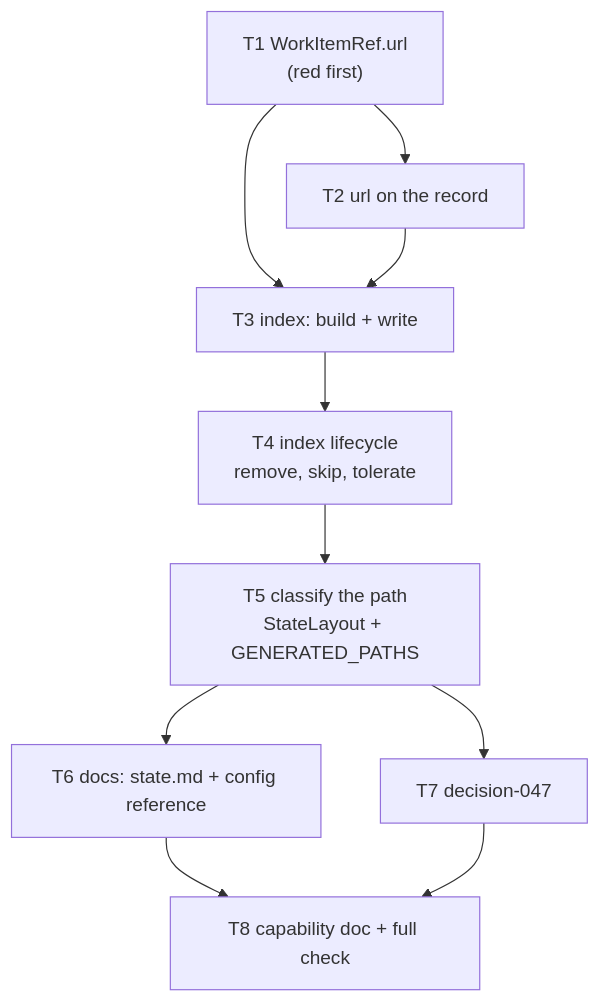
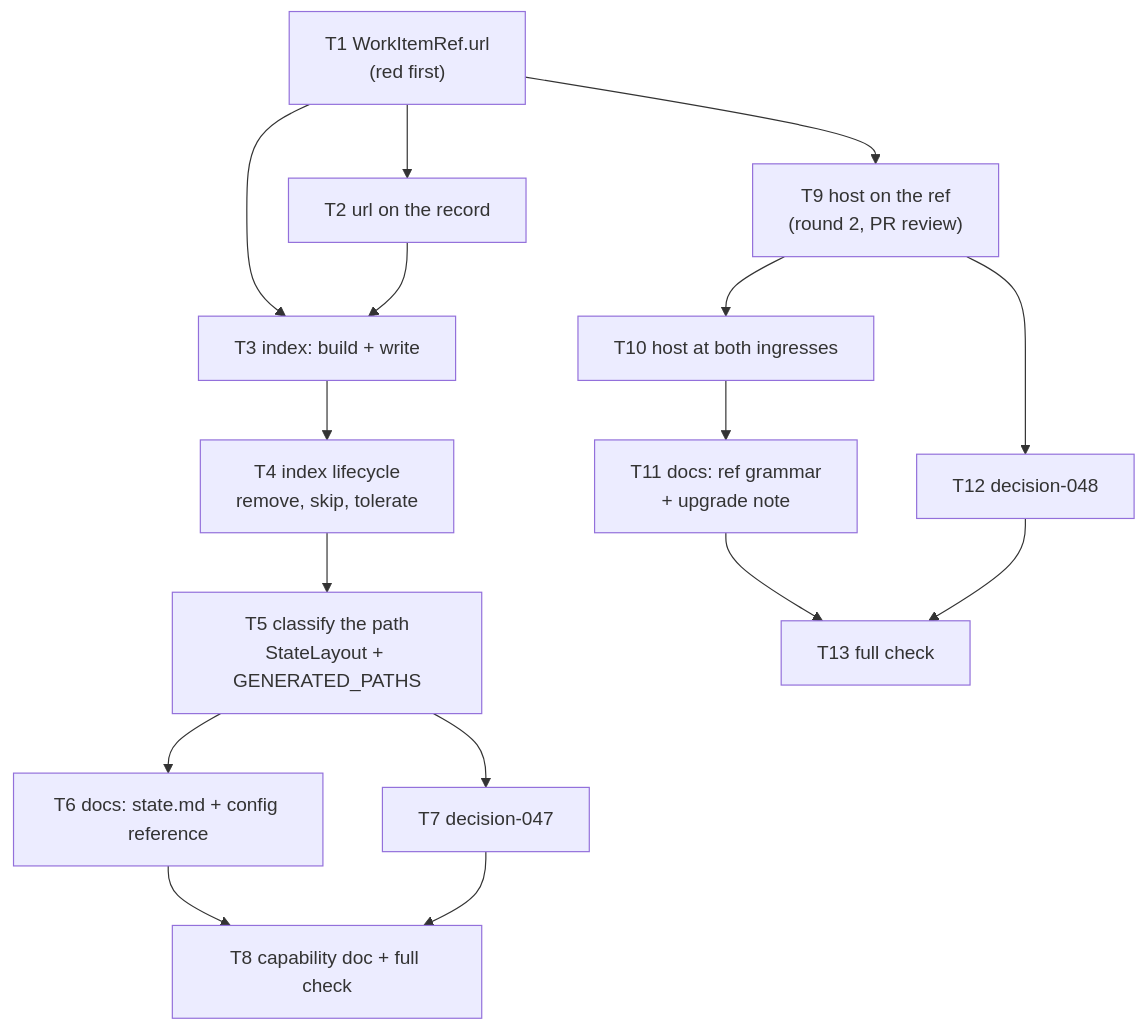
Before and after one commit to MadaraUchiha-314/the-loop: the diagram in docs/specs/issue-130/tasks.md, drawn with Mermaid. The commit also changed other lines of this file and 15 other files, not shown here.

````diff
--- a/docs/specs/issue-130/tasks.md
+++ b/docs/specs/issue-130/tasks.md
@@ -15,12 +15,18 @@
 ```mermaid
 flowchart TD
   T1["T1 WorkItemRef.url<br/>(red first)"] --> T2["T2 url on the record"]
   T1 --> T3["T3 index: build + write"]
   T2 --> T3
   T3 --> T4["T4 index lifecycle<br/>remove, skip, tolerate"]
   T4 --> T5["T5 classify the path<br/>StateLayout + GENERATED_PATHS"]
   T5 --> T6["T6 docs: state.md + config reference"]
   T5 --> T7["T7 decision-047"]
   T6 --> T8["T8 capability doc + full check"]
   T7 --> T8
+  T1 --> T9["T9 host on the ref<br/>(round 2, PR review)"]
+  T9 --> T10["T10 host at both ingresses"]
+  T10 --> T11["T11 docs: ref grammar<br/>+ upgrade note"]
+  T9 --> T12["T12 decision-048"]
+  T11 --> T13["T13 full check"]
+  T12 --> T13
 ```
````
